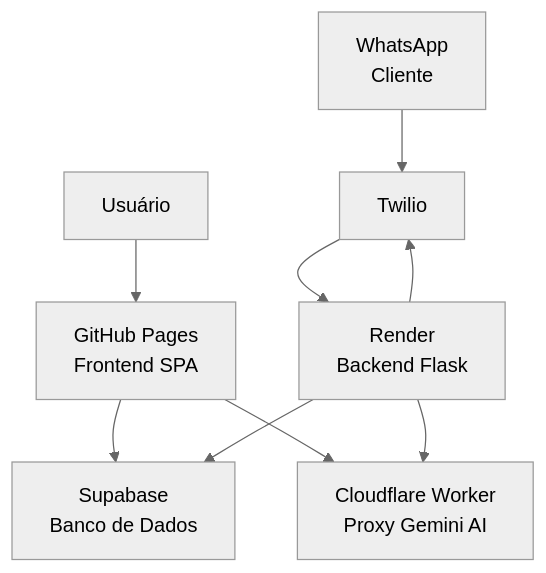
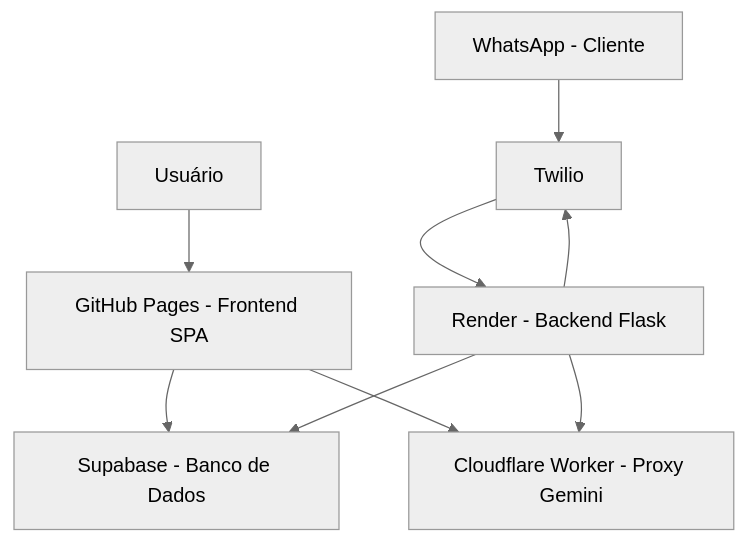
Before and after one commit to Tinho2508/JAF-CRM: the first of 10 diagrams in README.md, drawn with Mermaid (neutral theme). The commit also changed other lines of this file, not shown here.

First line of the commit message:
fix: remove <br/> from Mermaid diagrams for GitHub compat

````diff
--- a/README.md
+++ b/README.md
@@ -19,11 +19,11 @@
 ```mermaid
 graph TB
-    A[Usuário] --> B[GitHub Pages<br/>Frontend SPA]
-    B --> C[Supabase<br/>Banco de Dados]
-    B --> D[Cloudflare Worker<br/>Proxy Gemini AI]
-    E[WhatsApp<br/>Cliente] --> F[Twilio]
-    F --> G[Render<br/>Backend Flask]
+    A[Usuário] --> B["GitHub Pages - Frontend SPA"]
+    B --> C["Supabase - Banco de Dados"]
+    B --> D["Cloudflare Worker - Proxy Gemini"]
+    E["WhatsApp - Cliente"] --> F[Twilio]
+    F --> G["Render - Backend Flask"]
     G --> C
     G --> D
     G --> F
 ```
````
